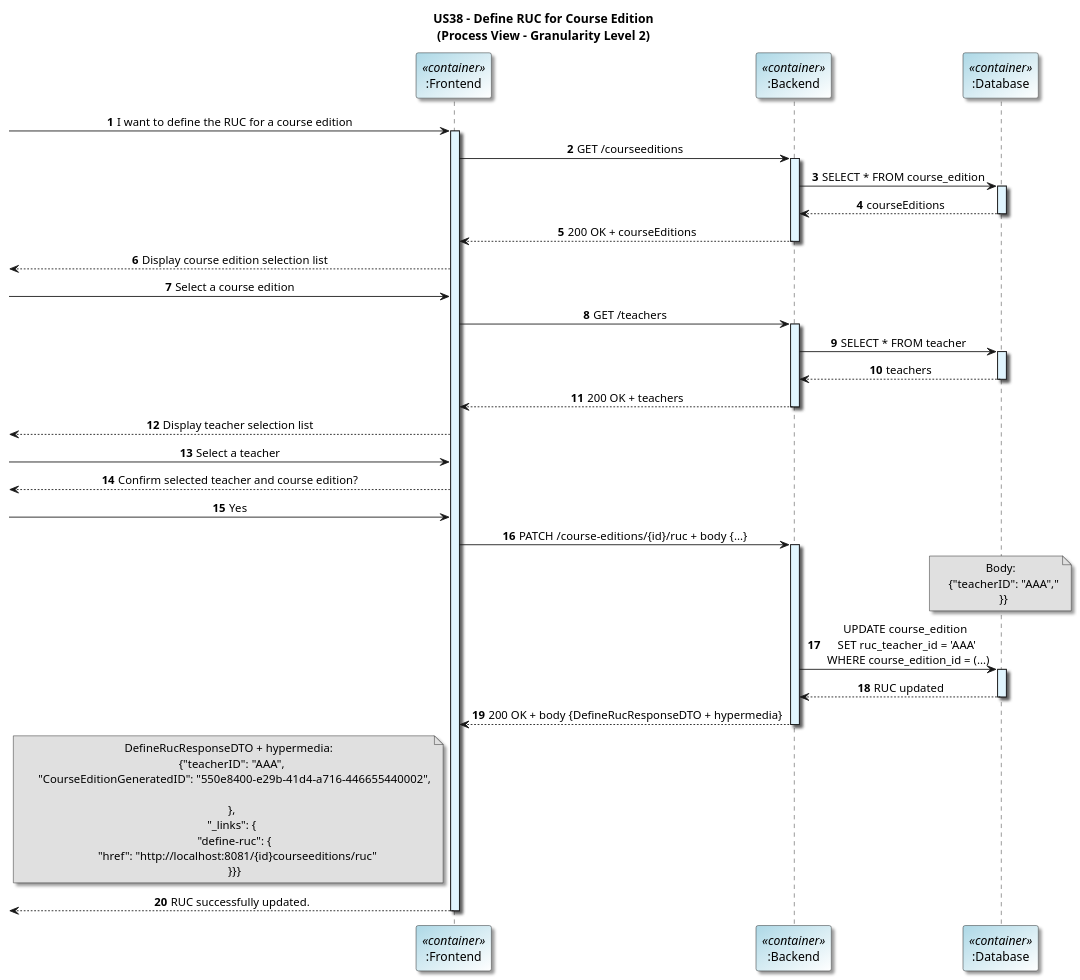
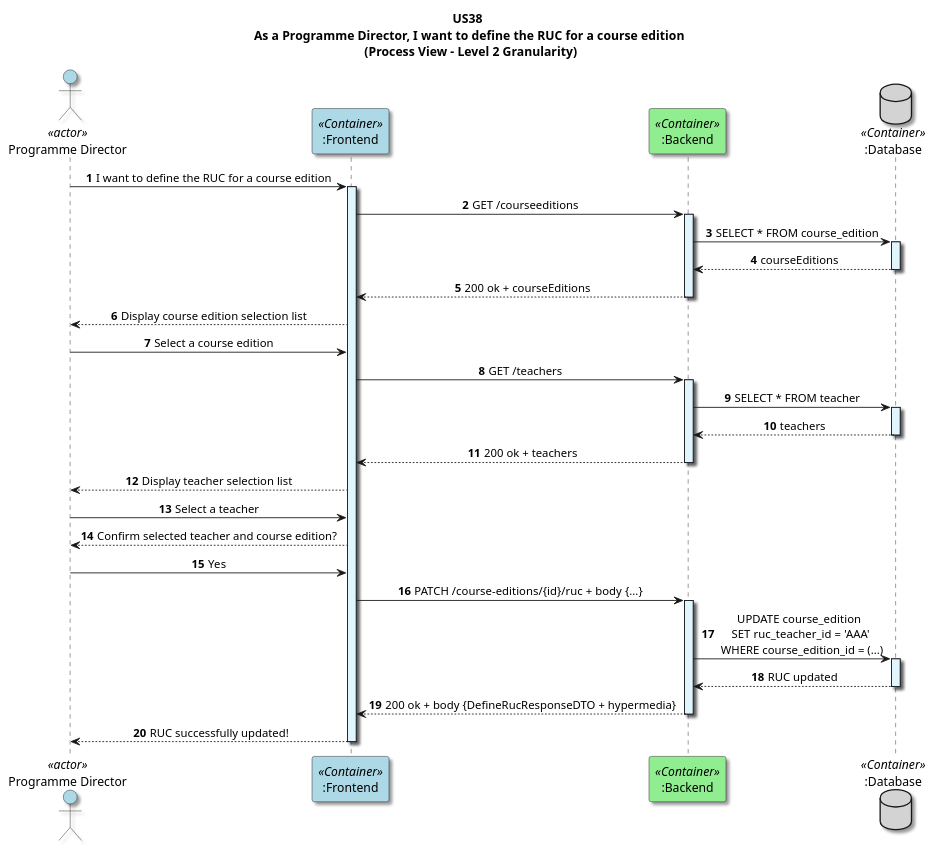
Before and after one commit to GasparISEP/DevOps-PAI: the diagram in docs/US38/sprint7_RestAPI/processView/DefineRUCForACourseEdition_Level2Granularity.puml, drawn with PlantUML. The commit also changed other lines of this file, not shown here.

Commit message:
feat(DefineRUCForACourseEdition): enhance process view diagram with clearer titles and improved formatting (#788 #786)

```diff
--- a/docs/US38/sprint7_RestAPI/processView/DefineRUCForACourseEdition_Level2Granularity.puml
+++ b/docs/US38/sprint7_RestAPI/processView/DefineRUCForACourseEdition_Level2Granularity.puml
@@ -1,84 +2,85 @@
 @startuml
-title US38 – Define RUC for Course Edition\n(Process View – Granularity Level 2)
+title US38 \n As a Programme Director, I want to define the RUC for a course edition \n (Process View - Level 2 Granularity)
 
 skinparam titleFontName "Verdana"
 skinparam defaultFontName "Verdana"
 skinparam defaultTextAlignment center
 skinparam shadowing true
 skinparam actorBackgroundColor #lightblue
 skinparam participantBackgroundColor #lightblue/white
 
 autonumber
 
-participant ":Frontend" as Frontend <<container>>
-participant ":Backend" as Backend <<container>>
-participant ":Database" as DB <<container>>
+actor "Programme Director" as PD <<actor>>
+participant ":Frontend" as Frontend <<Container>> #Lightblue
+participant ":Backend" as Backend <<Container>> #LightGreen
+database ":Database" as DB <<Container>> #LightGray
 
--> Frontend: I want to define the RUC for a course edition
+PD -> Frontend: I want to define the RUC for a course edition
 activate Frontend #E1F5FE
 
 
 ' --- Select course edition ---
 Frontend -> Backend: GET /courseeditions
 activate Backend #E1F5FE
 Backend -> DB: SELECT * FROM course_edition
 activate DB #E1F5FE
 DB --> Backend: courseEditions
 deactivate DB
-Backend --> Frontend: 200 OK + courseEditions
+Backend --> Frontend: 200 ok + courseEditions
 deactivate Backend
-<-- Frontend: Display course edition selection list
+PD <-- Frontend: Display course edition selection list
 
--> Frontend: Select a course edition
-' --- Select teachers ---
+PD -> Frontend: Select a course edition
+
 Frontend -> Backend: GET /teachers
 activate Backend #E1F5FE
+
 Backend -> DB: SELECT * FROM teacher
 activate DB #E1F5FE
+
 DB --> Backend: teachers
 deactivate DB
-Backend --> Frontend: 200 OK + teachers
+
+Backend --> Frontend: 200 ok + teachers
 deactivate Backend
-<-- Frontend : Display teacher selection list
+PD <-- Frontend : Display teacher selection list
 
--> Frontend: Select a teacher
-' --- Confirm selection ---
-<-- Frontend: Confirm selected teacher and course edition?
+PD -> Frontend: Select a teacher
+PD <-- Frontend: Confirm selected teacher and course edition?
+PD -> Frontend: Yes
 
--> Frontend: Yes
-
-' --- Define RUC ---
 Frontend -> Backend: PATCH /course-editions/{id}/ruc + body {...}
 
-note over DB #E0E0E0
-  Body:
-    {"teacherID": "AAA","
-    }}
-end note
+'note over DB #E0E0E0
+'  Body:
+'    {"teacherID": "AAA","
+'    }}
+'end note
 
 activate Backend #E1F5FE
 
 Backend -> DB: UPDATE course_edition \n SET ruc_teacher_id = 'AAA' \n WHERE course_edition_id = (...)
 activate DB #E1F5FE
 DB --> Backend: RUC updated
 deactivate DB
 
-Backend --> Frontend: 200 OK + body {DefineRucResponseDTO + hypermedia}
+Backend --> Frontend: 200 ok + body {DefineRucResponseDTO + hypermedia}
 
-note left of Frontend #E0E0E0
-  DefineRucResponseDTO + hypermedia:
-    {"teacherID": "AAA",
-      "CourseEditionGeneratedID": "550e8400-e29b-41d4-a716-446655440002",
-
-    },
-    "_links": {
-      "define-ruc": {
-        "href": "http://localhost:8081/{id}courseeditions/ruc"
-      }}}
-end note
+'note left of Frontend #E0E0E0
+'  DefineRucResponseDTO + hypermedia:
+'    {"teacherID": "AAA",
+'      "CourseEditionGeneratedID": "550e8400-e29b-41d4-a716-446655440002",
+'
+'    },
+'    "_links": {
+'      "define-ruc": {
+'        "href": "http://localhost:8081/{id}courseeditions/ruc"
+'      }}}
+'end note
 deactivate Backend
 
-<-- Frontend: RUC successfully updated.
+PD <-- Frontend: RUC successfully updated!
 deactivate Frontend
 
 @enduml
```
